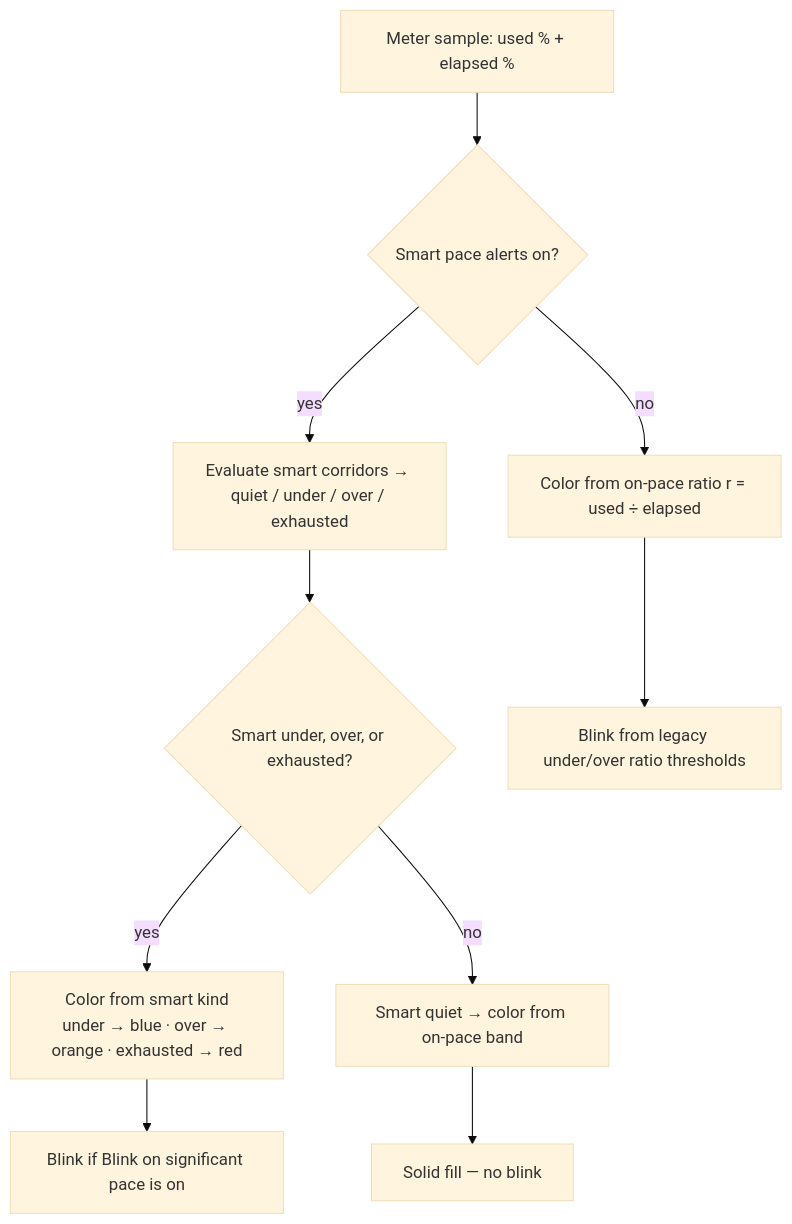
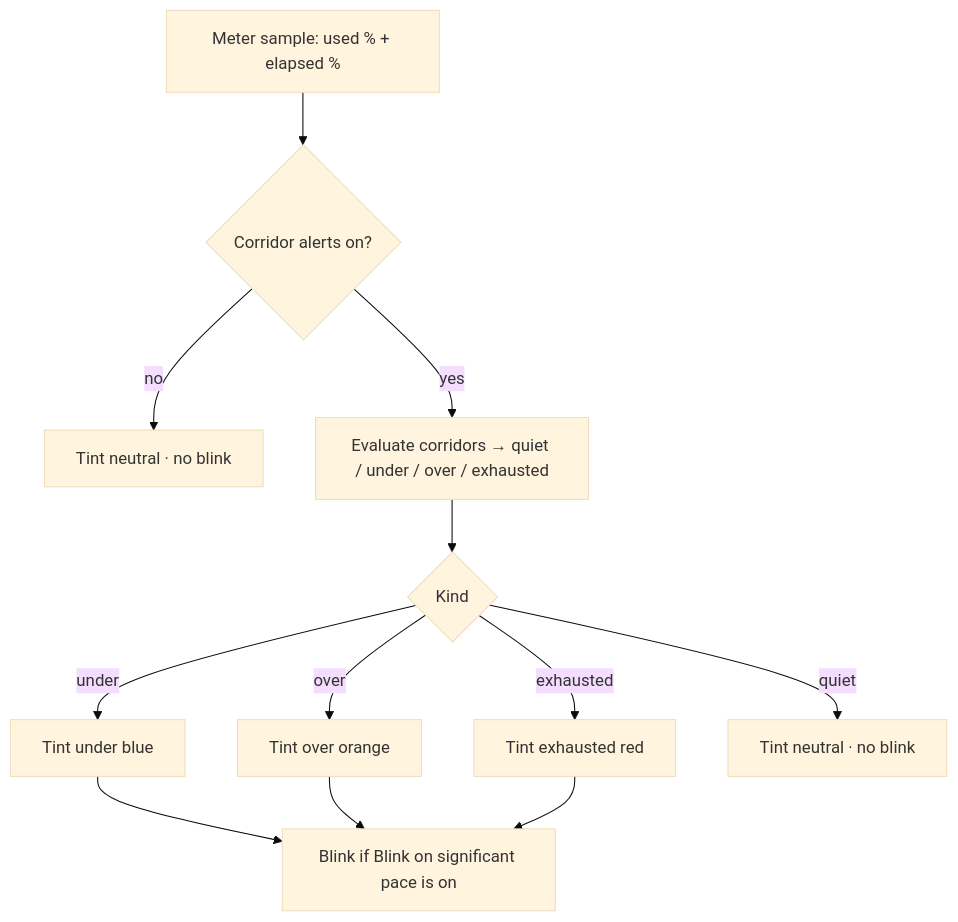
The diagram in docs/pace-chrome.md (marotron/QuotAI), drawn with Mermaid (base theme) before and after one commit. The commit also changed other lines of this file and 35 other files, not shown here.

First line of the commit message:
feat: menu window panel with pace history and corridor alerts

````diff
--- a/docs/pace-chrome.md
+++ b/docs/pace-chrome.md
@@ -24,12 +22,14 @@
 ```mermaid
 flowchart TD
-  start["Meter sample: used % + elapsed %"] --> smart{"Smart pace alerts on?"}
-  smart -->|no| ratioOnly["Color from on-pace ratio r = used ÷ elapsed"]
-  smart -->|yes| band["Evaluate smart corridors → quiet / under / over / exhausted"]
-  band --> win{"Smart under, over, or exhausted?"}
-  win -->|yes| smartChrome["Color from smart kind<br/>under → blue · over → orange · exhausted → red"]
-  smartChrome --> blinkOn["Blink if Blink on significant pace is on"]
-  win -->|no| quiet["Smart quiet → color from on-pace band"]
-  quiet --> solid["Solid fill — no blink"]
-  ratioOnly --> legacyBlink["Blink from legacy under/over ratio thresholds"]
+  start["Meter sample: used % + elapsed %"] --> alerts{"Corridor alerts on?"}
+  alerts -->|no| neutralOff["Tint neutral · no blink"]
+  alerts -->|yes| band["Evaluate corridors → quiet / under / over / exhausted"]
+  band --> kind{"Kind"}
+  kind -->|under| blue["Tint under blue"]
+  kind -->|over| orange["Tint over orange"]
+  kind -->|exhausted| red["Tint exhausted red"]
+  kind -->|quiet| neutralQuiet["Tint neutral · no blink"]
+  blue --> blinkOn["Blink if Blink on significant pace is on"]
+  orange --> blinkOn
+  red --> blinkOn
 ```
````
